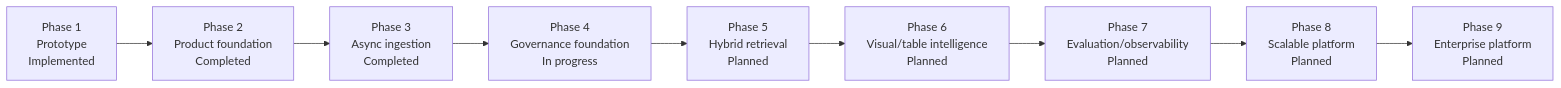
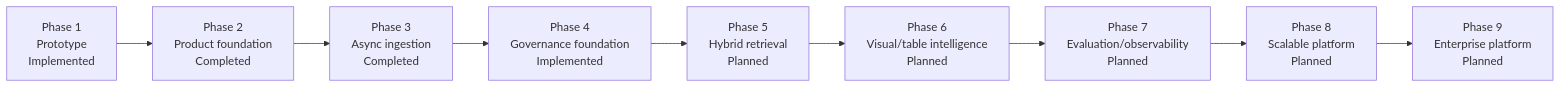
One commit to mvyas412/ai-projects changed the second of 11 diagrams in mm-rag-full-stack-genai-bootcamp-3.0/docs/architecture/ARCHITECTURE.md. Above: the diagram before and after it, drawn with Mermaid. The commit also changed other lines of this file and 36 other files, not shown here.

Commit message:
Complete Phase 4 lifecycle governance

````diff
--- a/mm-rag-full-stack-genai-bootcamp-3.0/docs/architecture/ARCHITECTURE.md
+++ b/mm-rag-full-stack-genai-bootcamp-3.0/docs/architecture/ARCHITECTURE.md
@@ -164,12 +164,12 @@
 ```mermaid
 flowchart LR
     p1["Phase 1<br/>Prototype<br/>Implemented"] -->
     p2["Phase 2<br/>Product foundation<br/>Completed"] -->
     p3["Phase 3<br/>Async ingestion<br/>Completed"] -->
-    p4["Phase 4<br/>Governance foundation<br/>In progress"] -->
+    p4["Phase 4<br/>Governance foundation<br/>Implemented"] -->
     p5["Phase 5<br/>Hybrid retrieval<br/>Planned"] -->
     p6["Phase 6<br/>Visual/table intelligence<br/>Planned"] -->
     p7["Phase 7<br/>Evaluation/observability<br/>Planned"] -->
     p8["Phase 8<br/>Scalable platform<br/>Planned"] -->
     p9["Phase 9<br/>Enterprise platform<br/>Planned"]
 ```
````
